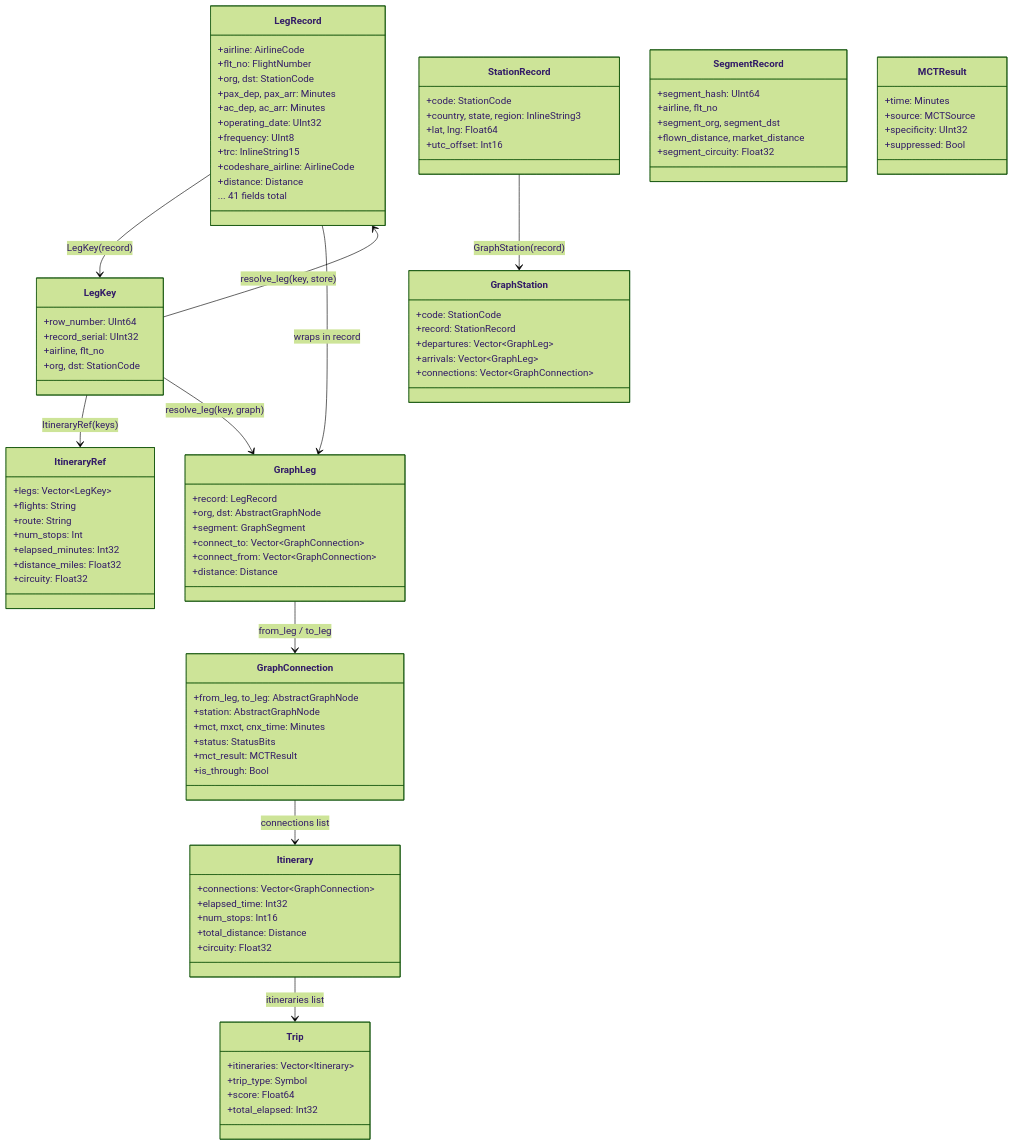
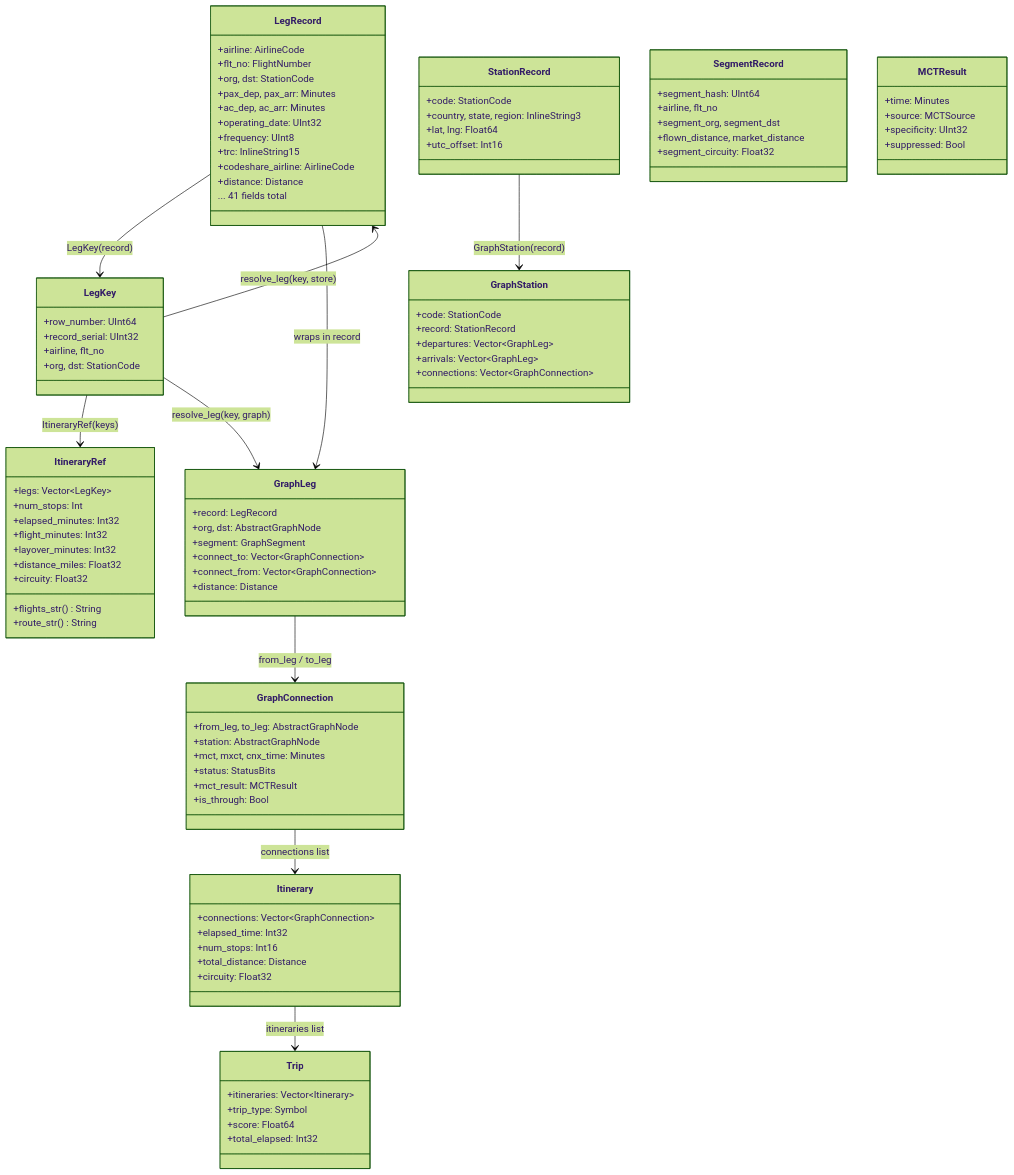
Before and after one commit to cell-scape/ItinerarySearch.jl: the second of 2 diagrams in docs/src/architecture.md, drawn with Mermaid (forest theme). The commit also changed other lines of this file and 5 other files, not shown here.

```diff
--- a/docs/src/architecture.md
+++ b/docs/src/architecture.md
@@ -138,12 +138,14 @@
     }
     class ItineraryRef {
         +legs: Vector~LegKey~
-        +flights: String
-        +route: String
         +num_stops: Int
         +elapsed_minutes: Int32
+        +flight_minutes: Int32
+        +layover_minutes: Int32
         +distance_miles: Float32
         +circuity: Float32
+        +flights_str() String
+        +route_str() String
     }
     class GraphStation {
         +code: StationCode
```
